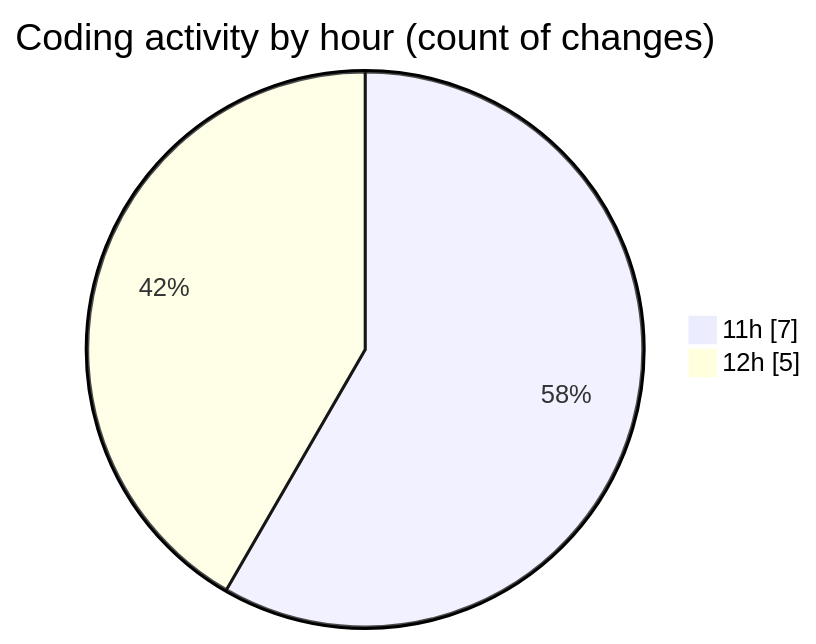
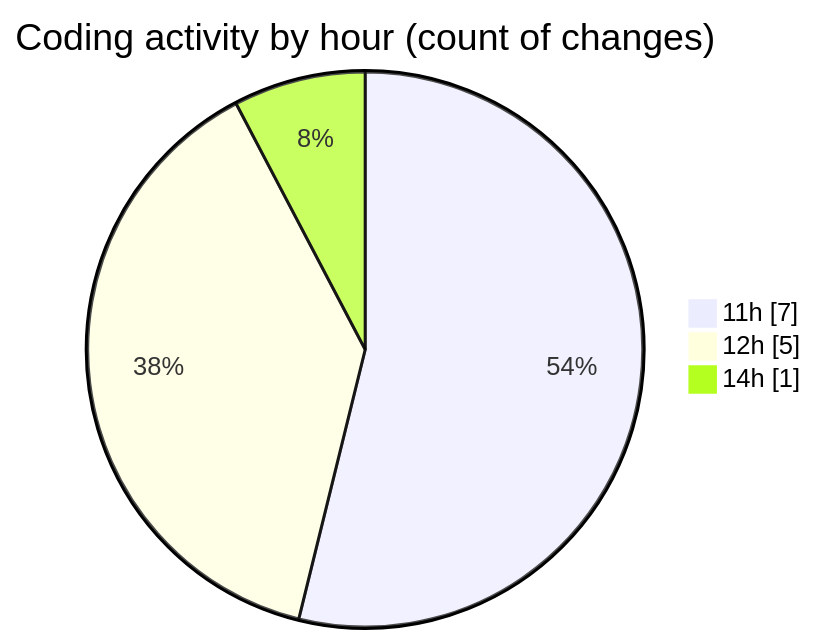
One commit to debugP/code-tracking changed the second of 2 diagrams in 2025-10-22/untitled__workspace_/README.md. Above: the diagram before and after it, drawn with Mermaid. The commit also changed other lines of this file and 1 other file, not shown here.

````diff
--- a/2025-10-22/untitled__workspace_/README.md
+++ b/2025-10-22/untitled__workspace_/README.md
@@ -28,6 +28,7 @@
 ```mermaid
 pie showData
 title Coding activity by hour (count of changes)
 "11h" : 7
 "12h" : 5
+"14h" : 1
 ```
````
